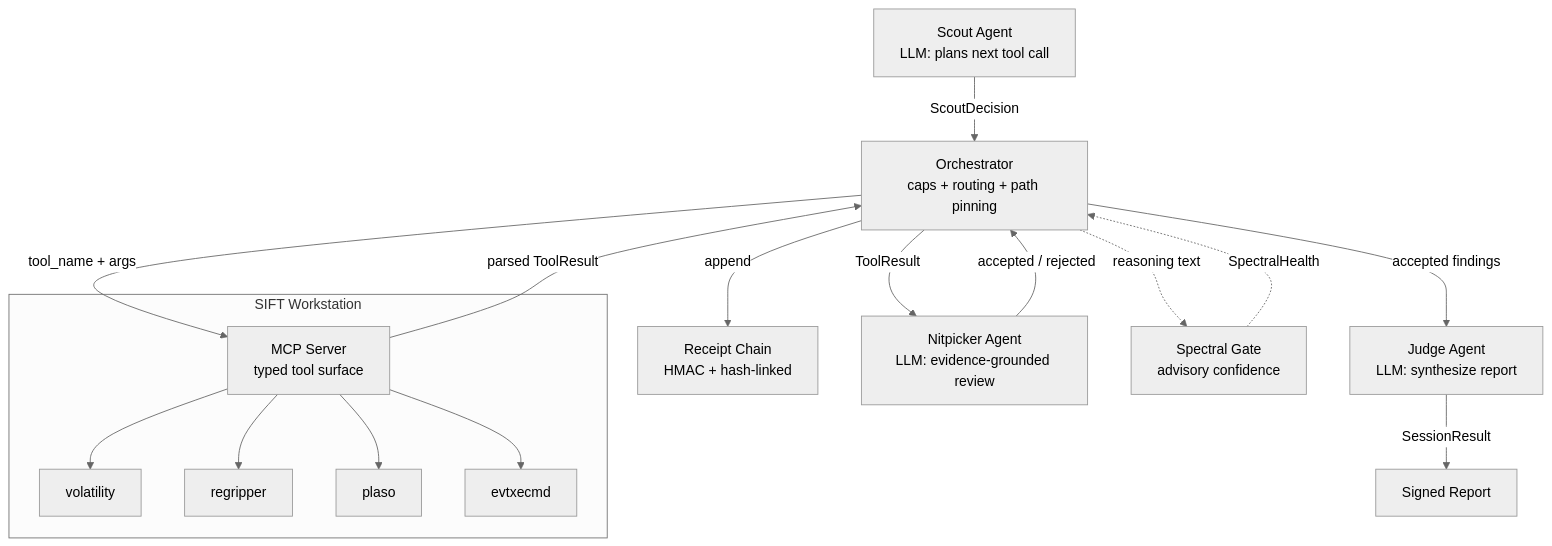
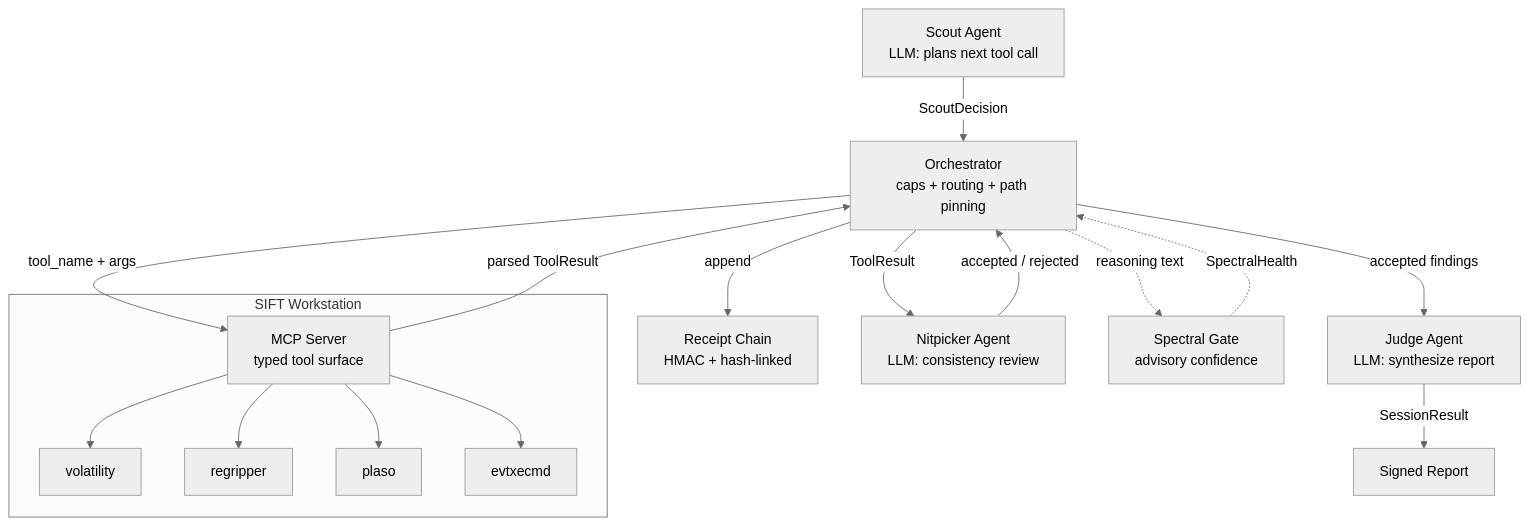
One commit to holeyfield33-art/aletheia-sentinel changed the diagram in README.md. Above: the diagram before and after it, drawn with Mermaid (neutral theme). The commit also changed other lines of this file and 1 other file, not shown here.

First line of the commit message:
docs: align README and docs/architecture with evidence-bounded classification

````diff
--- a/README.md
+++ b/README.md
@@ -94,20 +100,20 @@
 ```mermaid
 graph TD
     A[Scout Agent\nLLM: plans next tool call] -->|ScoutDecision| B[Orchestrator\ncaps + routing + path pinning]
     B -->|tool_name + args| C[MCP Server\ntyped tool surface]
     C -->|parsed ToolResult| B
     B -->|append| D[Receipt Chain\nHMAC + hash-linked]
-    B -->|ToolResult| E[Nitpicker Agent\nLLM: evidence-grounded review]
+    B -->|ToolResult| E[Nitpicker Agent\nLLM: consistency review]
     E -->|accepted / rejected| B
     B -.->|reasoning text| F[Spectral Gate\nadvisory confidence]
     F -.->|SpectralHealth| B
     B -->|accepted findings| G[Judge Agent\nLLM: synthesize report]
     G -->|SessionResult| H[Signed Report]
 
     subgraph SIFT Workstation
         C --> I[volatility]
         C --> J[regripper]
         C --> K[plaso]
         C --> L[evtxecmd]
     end
 ```
````
